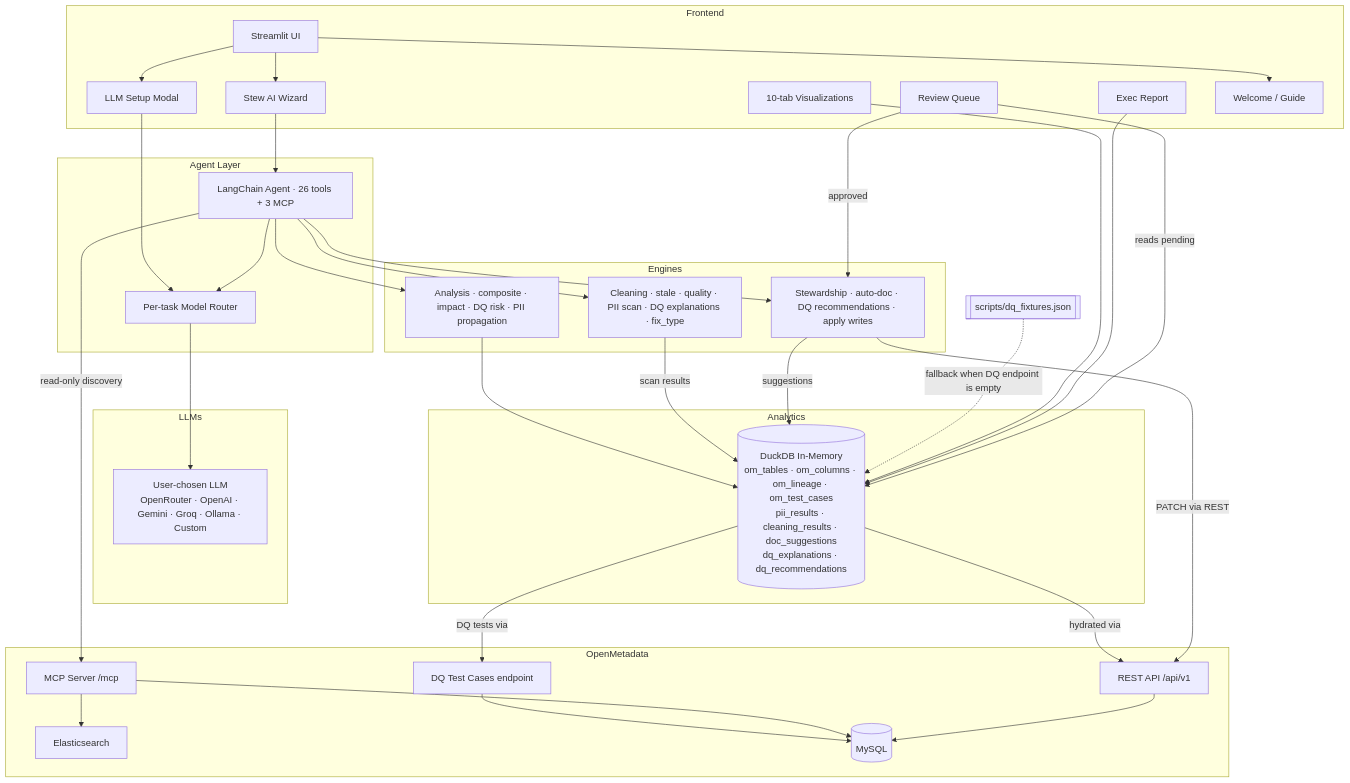
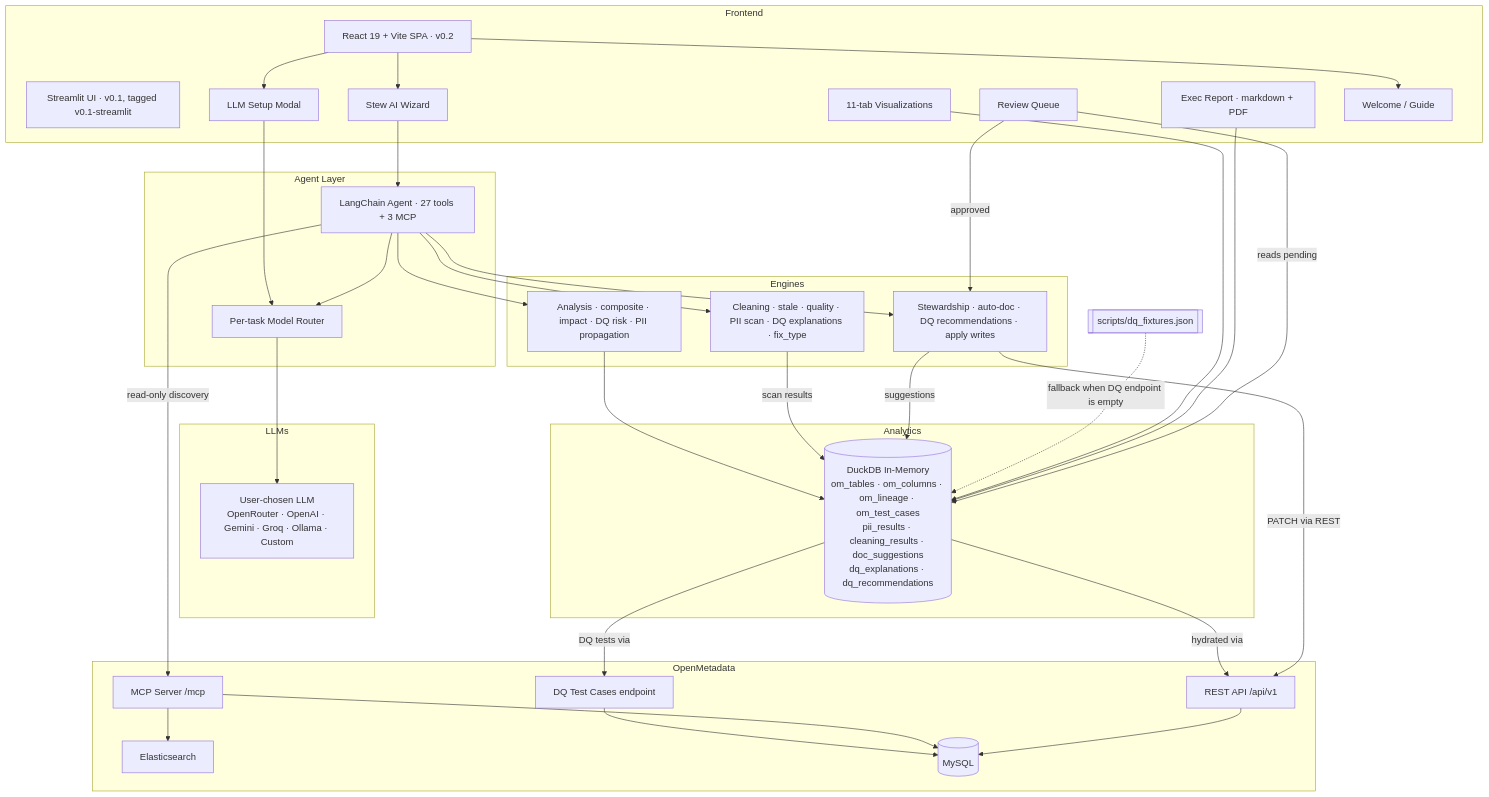
One commit to blueberrylinux/metasift changed the diagram in README.md. Above: the diagram before and after it, drawn with Mermaid. The commit also changed other lines of this file and 1 other file, not shown here.

First line of the commit message:
docs(v0.2-sync): tool counts, viz count, install paths, port-status notes

````diff
--- a/README.md
+++ b/README.md
@@ -137,68 +137,69 @@
 ```mermaid
 graph TB
     subgraph Frontend
-        UI[Streamlit UI]
+        UI[React 19 + Vite SPA · v0.2]
+        UIv1[Streamlit UI · v0.1, tagged v0.1-streamlit]
         Stew[Stew AI Wizard]
-        Viz[10-tab Visualizations]
+        Viz[11-tab Visualizations]
         RQ[Review Queue]
-        Rep[Exec Report]
+        Rep[Exec Report · markdown + PDF]
         LLMSetup[LLM Setup Modal]
         Guide[Welcome / Guide]
     end
 
     subgraph Agent Layer
-        Agent[LangChain Agent · 26 tools + 3 MCP]
+        Agent[LangChain Agent · 27 tools + 3 MCP]
         MR[Per-task Model Router]
     end
 
     subgraph Engines
         AE[Analysis · composite · impact · DQ risk · PII propagation]
         SE[Stewardship · auto-doc · DQ recommendations · apply writes]
         CE[Cleaning · stale · quality · PII scan · DQ explanations · fix_type]
     end
 
     subgraph OpenMetadata
         MCP[MCP Server /mcp]
         REST[REST API /api/v1]
         DQ[DQ Test Cases endpoint]
         ES[Elasticsearch]
         DB[(MySQL)]
     end
 
     subgraph LLMs
         OR[User-chosen LLM\nOpenRouter · OpenAI · Gemini · Groq · Ollama · Custom]
     end
 
     subgraph Analytics
         DDB[(DuckDB In-Memory\nom_tables · om_columns · om_lineage · om_test_cases\npii_results · cleaning_results · doc_suggestions\ndq_explanations · dq_recommendations)]
     end
 
     Fixture[[scripts/dq_fixtures.json]]
 
     UI --> Stew
     UI --> LLMSetup
     UI --> Guide
     LLMSetup --> MR
     Stew --> Agent
     Agent --> MR
     MR --> OR
     Agent --> AE
     Agent --> SE
     Agent --> CE
     Agent -->|read-only discovery| MCP
     AE --> DDB
     CE -->|scan results| DDB
     SE -->|suggestions| DDB
     DDB -->|hydrated via| REST
     DDB -->|DQ tests via| DQ
     Fixture -.->|fallback when DQ endpoint is empty| DDB
     DQ --> DB
     MCP --> ES
     MCP --> DB
     REST --> DB
     Viz --> DDB
     Rep --> DDB
     RQ -->|reads pending| DDB
     RQ -->|approved| SE
     SE -->|PATCH via REST| REST
 ```
````
